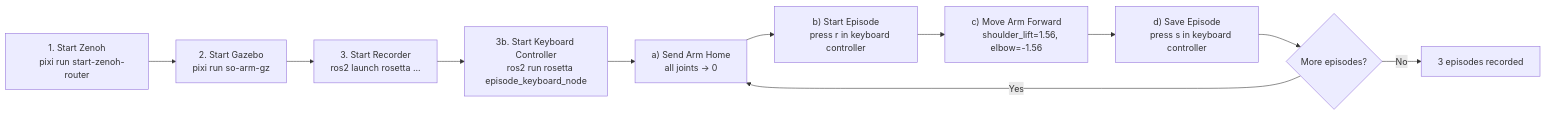
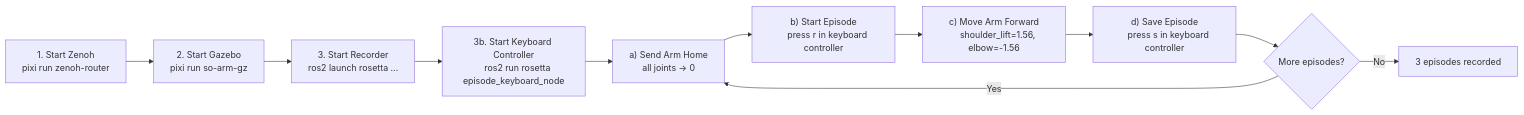
The diagram in docs/demos/end-to-end-pipeline.md (ros-physical-ai/demos), drawn with Mermaid before and after one commit. The commit also changed other lines of this file and 8 other files, not shown here.

Commit message:
Shorten to zenoh-router

````diff
--- a/docs/demos/end-to-end-pipeline.md
+++ b/docs/demos/end-to-end-pipeline.md
@@ -357,21 +357,21 @@
 ```mermaid
 flowchart LR
     A["1. Start Zenoh
-    pixi run start-zenoh-router"] --> B["2. Start Gazebo
+    pixi run zenoh-router"] --> B["2. Start Gazebo
     pixi run so-arm-gz"]
     B --> C["3. Start Recorder
     ros2 launch rosetta ..."]
     C --> Ck["3b. Start Keyboard Controller
     ros2 run rosetta episode_keyboard_node"]
     Ck --> D["a) Send Arm Home
     all joints → 0"]
     D --> E["b) Start Episode
     press r in keyboard controller"]
     E --> F["c) Move Arm Forward
     shoulder_lift=1.56, elbow=-1.56"]
     F --> G["d) Save Episode
     press s in keyboard controller"]
     G --> H{More episodes?}
     H -- Yes --> D
     H -- No --> I["3 episodes recorded"]
 ```
````
